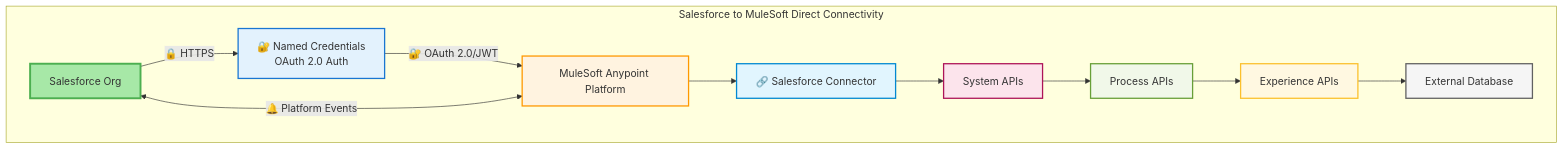
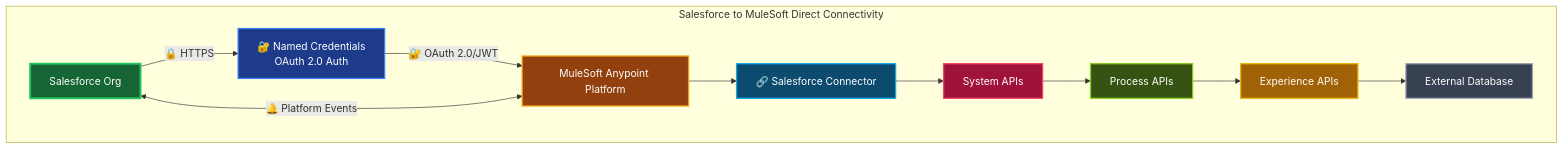
Before and after one commit to arupsarkar-sfdc/Misc: the second of 4 diagrams in salesforce-integration-architecture-patterns.md, drawn with Mermaid. The commit also changed other lines of this file and 4 other files, not shown here.

Commit message:
feat: addred segmentation logic and updated process diagrams and sequence diagram with dark mode colors and sequence steps

````diff
--- a/salesforce-integration-architecture-patterns.md
+++ b/salesforce-integration-architecture-patterns.md
@@ -45,42 +45,42 @@
 ```mermaid
 graph TB
     subgraph SF_MS["Salesforce to MuleSoft Direct Connectivity"]
         SF2[Salesforce Org]
         NC2["🔐 Named Credentials<br/>OAuth 2.0 Auth"]
         MS1[MuleSoft Anypoint Platform]
         SFC["🔗 Salesforce Connector"]
         API1[System APIs]
         API2[Process APIs]
         API3[Experience APIs]
         DB1[External Database]
         
         SF2 -->|"🔒 HTTPS"| NC2
         NC2 -->|"🔐 OAuth 2.0/JWT"| MS1
         MS1 --> SFC
         SFC --> API1
         API1 --> API2
         API2 --> API3
         API3 --> DB1
         SF2 <-->|"🔔 Platform Events"| MS1
     end
     
-    %% Enhanced color coding by service layer and type
-    classDef salesforce fill:#a7e8a7,stroke:#4caf50,stroke-width:3px
-    classDef security fill:#ffebee,stroke:#d32f2f,stroke-width:2px
-    classDef auth fill:#e3f2fd,stroke:#1976d2,stroke-width:2px
-    classDef integration fill:#fff3e0,stroke:#ff9800,stroke-width:2px
-    classDef connector fill:#e1f5fe,stroke:#0288d1,stroke-width:2px
-    classDef api_system fill:#fce4ec,stroke:#ad1457,stroke-width:2px
-    classDef api_process fill:#f1f8e9,stroke:#689f38,stroke-width:2px
-    classDef api_experience fill:#fff8e1,stroke:#fbc02d,stroke-width:2px
-    classDef external fill:#f5f5f5,stroke:#616161,stroke-width:2px
+    %% Enhanced color coding by service layer and type (dark mode friendly)
+    classDef salesforce fill:#166534,stroke:#22c55e,stroke-width:3px,color:#ffffff
+    classDef security fill:#991b1b,stroke:#ef4444,stroke-width:2px,color:#ffffff
+    classDef auth fill:#1e3a8a,stroke:#3b82f6,stroke-width:2px,color:#ffffff
+    classDef integration fill:#92400e,stroke:#f59e0b,stroke-width:2px,color:#ffffff
+    classDef connector fill:#0c4a6e,stroke:#0ea5e9,stroke-width:2px,color:#ffffff
+    classDef api_system fill:#9f1239,stroke:#f43f5e,stroke-width:2px,color:#ffffff
+    classDef api_process fill:#365314,stroke:#84cc16,stroke-width:2px,color:#ffffff
+    classDef api_experience fill:#a16207,stroke:#eab308,stroke-width:2px,color:#ffffff
+    classDef external fill:#374151,stroke:#9ca3af,stroke-width:2px,color:#ffffff
     
     class SF2 salesforce
     class NC2 auth
     class MS1 integration
     class SFC connector
     class API1 api_system
     class API2 api_process
     class API3 api_experience
     class DB1 external
 ```
````
